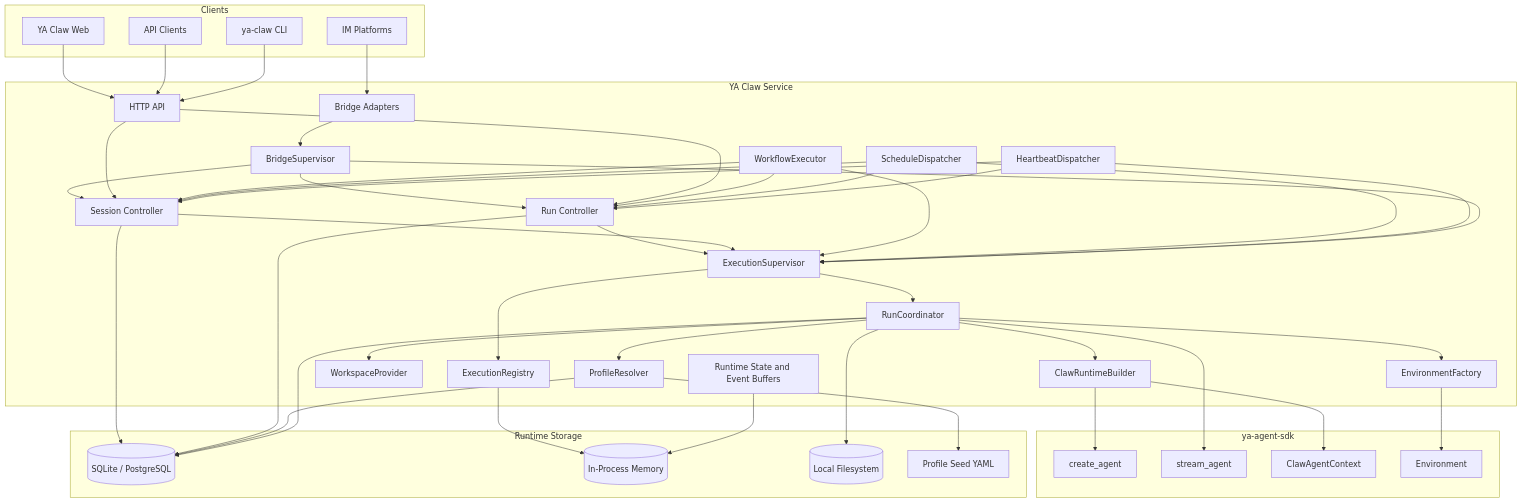
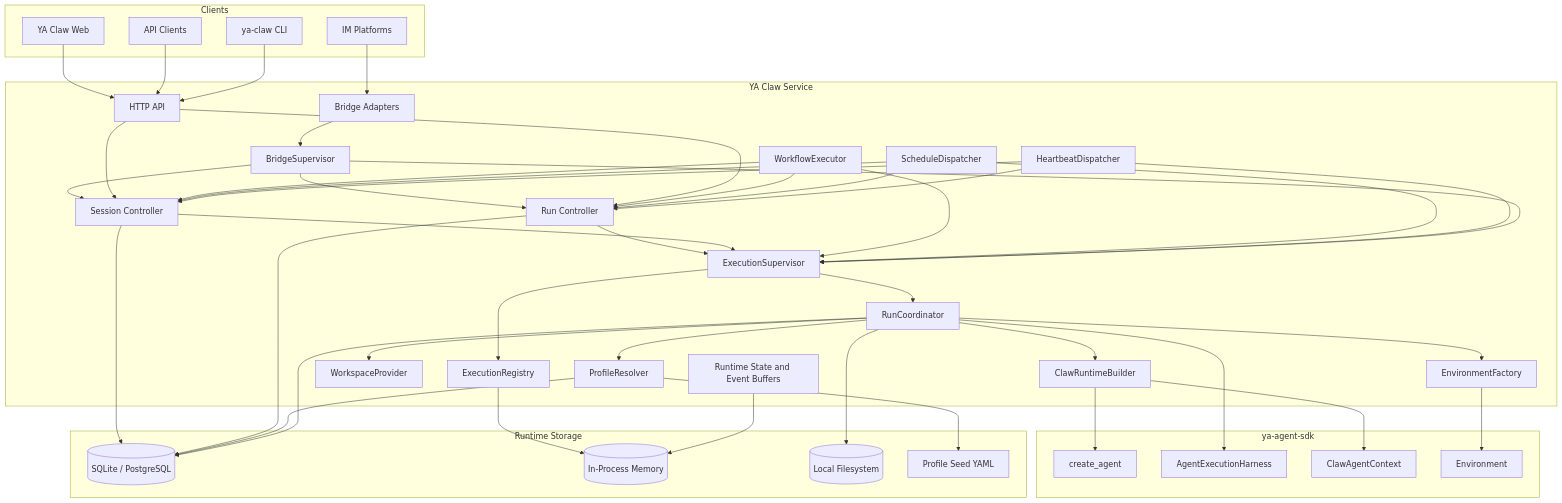
One commit to Wh1isper/ya-agent-sdk changed the diagram in packages/ya-claw/spec/00-overview.md. Above: the diagram before and after it, drawn with Mermaid. The commit also changed other lines of this file and 446 other files, not shown here.

```diff
--- a/packages/ya-claw/spec/00-overview.md
+++ b/packages/ya-claw/spec/00-overview.md
@@ -69,7 +69,7 @@
 
     subgraph SDK[ya-agent-sdk]
         AGENT[create_agent]
-        STREAM[stream_agent]
+        STREAM[AgentExecutionHarness]
         CTX[ClawAgentContext]
         ENV[Environment]
     end
```
